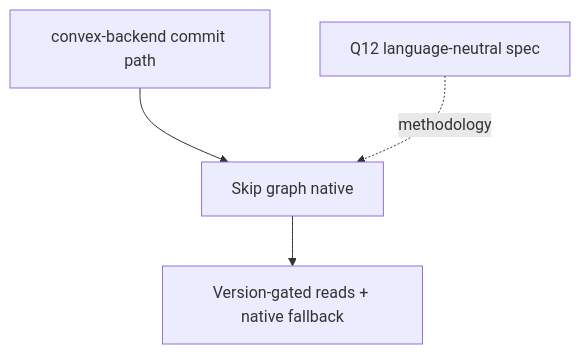
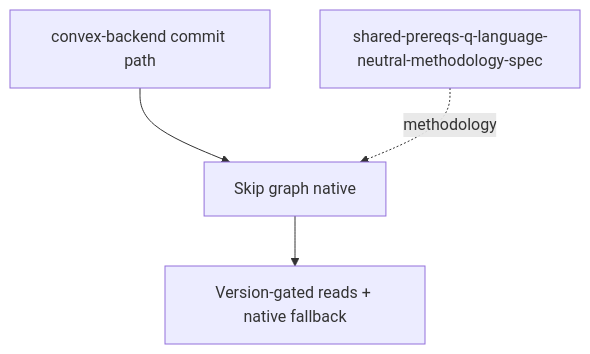
One commit to billf/skip changed the diagram in docs/plans/2026-09-14-skip-dir2-reference-plan.md. Above: the diagram before and after it, drawn with Mermaid. The commit also changed other lines of this file and 9 other files, not shown here.

````diff
--- a/docs/plans/2026-09-14-skip-dir2-reference-plan.md
+++ b/docs/plans/2026-09-14-skip-dir2-reference-plan.md
@@ -18,6 +18,6 @@
 ```mermaid
 graph TD
     BE[convex-backend commit path] --> SK[Skip graph native]
     SK --> VG[Version-gated reads + native fallback]
-    Q12[Q12 language-neutral spec] -. methodology .-> SK
+    SPEC[shared-prereqs-q-language-neutral-methodology-spec] -. methodology .-> SK
 ```
````
